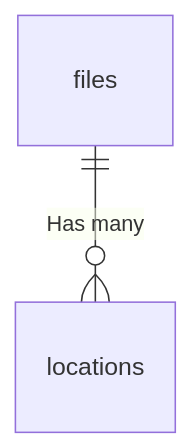
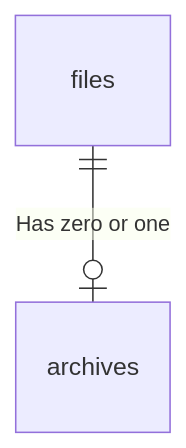
Before and after one commit to hawks-atlanta/docs: the fourth of 4 diagrams in Database.md, drawn with Mermaid. The commit also changed other lines of this file, not shown here.

````diff
--- a/Database.md
+++ b/Database.md
@@ -94,4 +102,4 @@
 ```mermaid
 erDiagram
-	files     ||--o{ locations: "Has many"
+	files ||--o| archives: "Has zero or one"
 ```
````
